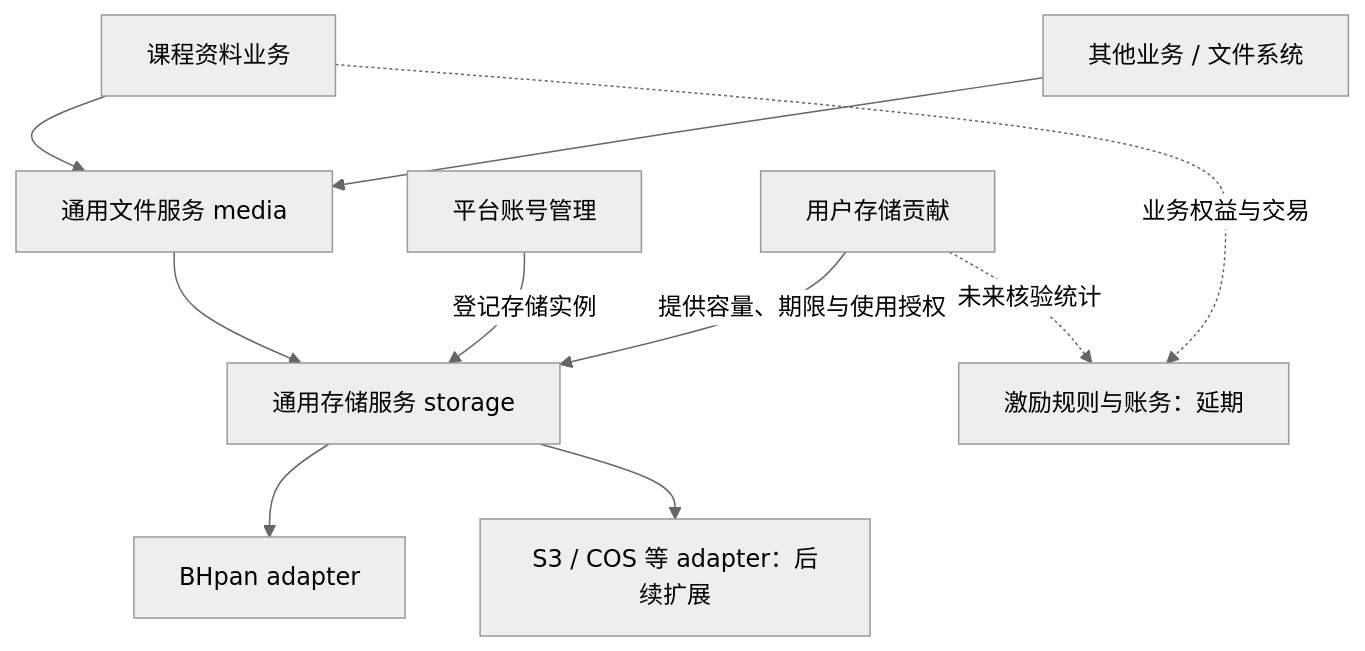
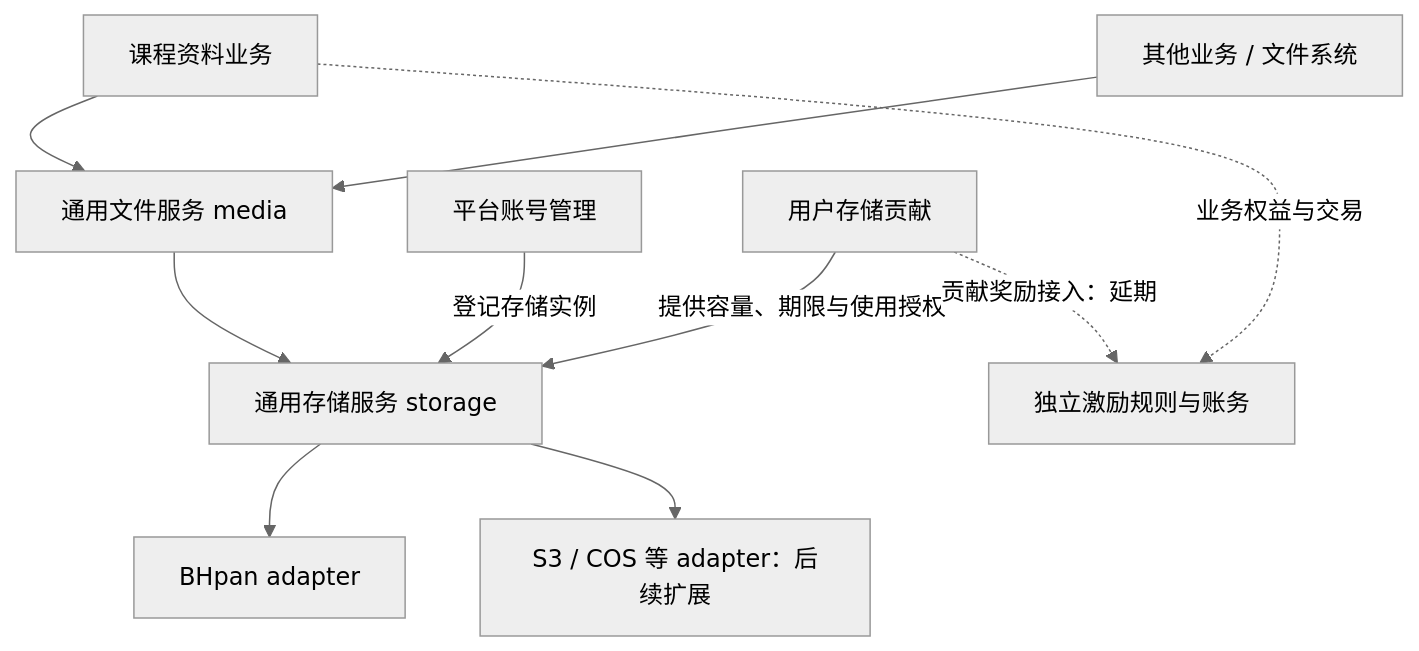
One commit to StuHelper/stuhelper-next changed the diagram in docs/design/storage-architecture.md. Above: the diagram before and after it, drawn with Mermaid (neutral theme).

Commit message:
docs(storage): 限定贡献激励的延期范围

````diff
--- a/docs/design/storage-architecture.md
+++ b/docs/design/storage-architecture.md
@@ -38,12 +38,12 @@
 ```mermaid
 flowchart TB
     R["课程资料业务"] --> F["通用文件服务 media"]
     O["其他业务 / 文件系统"] --> F
     F --> S["通用存储服务 storage"]
     P["平台账号管理"] -->|登记存储实例| S
     C["用户存储贡献"] -->|提供容量、期限与使用授权| S
     S --> B["BHpan adapter"]
     S --> A["S3 / COS 等 adapter：后续扩展"]
-    C -.未来核验统计.-> I["激励规则与账务：延期"]
+    C -.贡献奖励接入：延期.-> I["独立激励规则与账务"]
     R -.业务权益与交易.-> I
 ```
````
